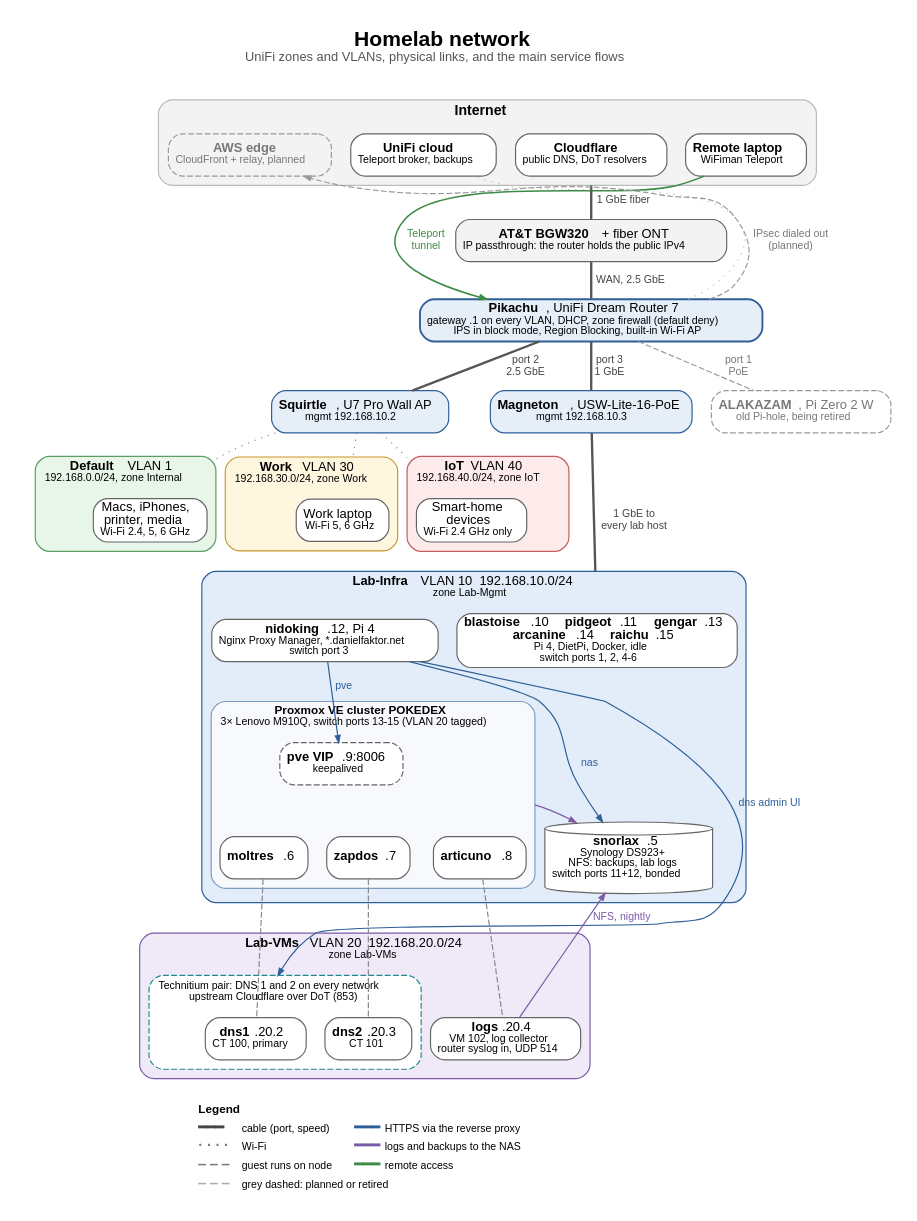
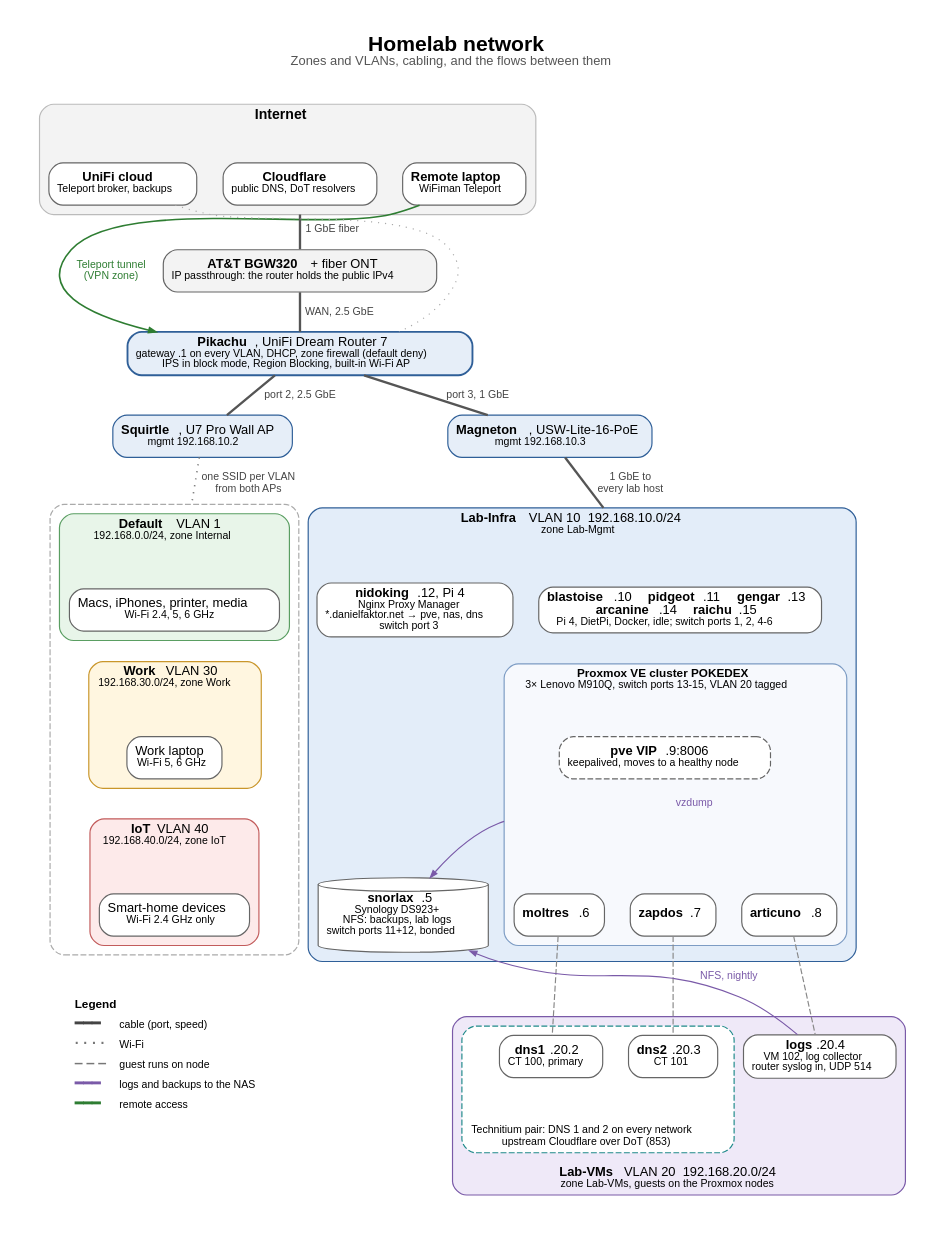
The diagram in docs/diagrams/homelab-network.dot (danielfaktor/lights-out-lab), drawn with Graphviz before and after one commit. The commit also changed 3 other files, not shown here.

First line of the commit message:
Redraw the network diagram with live items only

```diff
--- a/docs/diagrams/homelab-network.dot
+++ b/docs/diagrams/homelab-network.dot
@@ -1,134 +1,114 @@
 digraph homelab {
-  graph [rankdir=TB, newrank=true, compound=true, nodesep=0.22, ranksep=0.3, pad=0.2,
+  graph [rankdir=TB, newrank=true, compound=true, nodesep=0.3, ranksep=0.32, pad=0.25,
          fontname="Helvetica", fontsize=18, labelloc=t, bgcolor=white,
-         label=<<b>Homelab network</b><br/><font point-size="11" color="#555555">UniFi zones and VLANs, physical links, and the main service flows</font><br/> >]
+         label=<<b>Homelab network</b><br/><font point-size="11" color="#555555">Zones and VLANs, cabling, and the flows between them</font><br/> >]
   node  [shape=box, style="rounded,filled", fillcolor=white, color="#666666", penwidth=1,
-         fontname="Helvetica", fontsize=11, margin="0.08,0.04"]
+         fontname="Helvetica", fontsize=11, margin="0.10,0.05"]
   edge  [color="#555555", fontname="Helvetica", fontsize=9, fontcolor="#444444", arrowsize=0.6]
 
   subgraph cluster_internet {
     label=<<b>Internet</b>>; fontsize=12; style="rounded,filled"; fillcolor="#f3f3f3"; color="#bbbbbb"
     remote     [label=<<b>Remote laptop</b><br/><font point-size="9">WiFiman Teleport</font>>]
     cloudflare [label=<<b>Cloudflare</b><br/><font point-size="9">public DNS, DoT resolvers</font>>]
     unifi      [label=<<b>UniFi cloud</b><br/><font point-size="9">Teleport broker, backups</font>>]
-    aws        [label=<<b>AWS edge</b><br/><font point-size="9">CloudFront + relay, planned</font>>,
-                style="rounded,dashed", color="#999999", fontcolor="#777777"]
   }
 
   att  [label=<<b>AT&amp;T BGW320</b> + fiber ONT<br/><font point-size="9">IP passthrough: the router holds the public IPv4</font>>, fillcolor="#f3f3f3"]
   udr7 [label=<<b>Pikachu</b>, UniFi Dream Router 7<br/><font point-size="9">gateway .1 on every VLAN, DHCP, zone firewall (default deny)<br/>IPS in block mode, Region Blocking, built-in Wi-Fi AP</font>>,
         fillcolor="#e6eef8", color="#2f5f98", penwidth=1.6]
 
-  ap       [label=<<b>Squirtle</b>, U7 Pro Wall AP<br/><font point-size="9">mgmt 192.168.10.2</font>>, fillcolor="#e6eef8", color="#2f5f98"]
-  sw       [label=<<b>Magneton</b>, USW-Lite-16-PoE<br/><font point-size="9">mgmt 192.168.10.3</font>>, fillcolor="#e6eef8", color="#2f5f98"]
-  alakazam [label=<<b>ALAKAZAM</b>, Pi Zero 2 W<br/><font point-size="9">old Pi-hole, being retired</font>>,
-            style="rounded,dashed", color="#999999", fontcolor="#777777"]
+  ap [label=<<b>Squirtle</b>, U7 Pro Wall AP<br/><font point-size="9">mgmt 192.168.10.2</font>>, fillcolor="#e6eef8", color="#2f5f98"]
+  sw [label=<<b>Magneton</b>, USW-Lite-16-PoE<br/><font point-size="9">mgmt 192.168.10.3</font>>, fillcolor="#e6eef8", color="#2f5f98"]
 
-  subgraph cluster_default {
-    label=<<b>Default</b>  VLAN 1<br/><font point-size="9">192.168.0.0/24, zone Internal</font>>;
-    fontsize=11; style="rounded,filled"; fillcolor="#e8f5e9"; color="#5a9e62"
-    home [label=<Macs, iPhones,<br/>printer, media<br/><font point-size="9">Wi-Fi 2.4, 5, 6 GHz</font>>]
-  }
-  subgraph cluster_work {
-    label=<<b>Work</b>  VLAN 30<br/><font point-size="9">192.168.30.0/24, zone Work</font>>;
-    fontsize=11; style="rounded,filled"; fillcolor="#fff6e0"; color="#c9962b"
-    work [label=<Work laptop<br/><font point-size="9">Wi-Fi 5, 6 GHz</font>>]
-  }
-  subgraph cluster_iot {
-    label=<<b>IoT</b>  VLAN 40<br/><font point-size="9">192.168.40.0/24, zone IoT</font>>;
-    fontsize=11; style="rounded,filled"; fillcolor="#fdeaea"; color="#c25b5b"
-    iot [label=<Smart-home<br/>devices<br/><font point-size="9">Wi-Fi 2.4 GHz only</font>>]
+  subgraph cluster_wifi {
+    label=""; style="rounded,dashed"; color="#aaaaaa"
+
+    subgraph cluster_default {
+      label=<<b>Default</b>  VLAN 1<br/><font point-size="9">192.168.0.0/24, zone Internal</font>>;
+      fontsize=11; style="rounded,filled"; fillcolor="#e8f5e9"; color="#5a9e62"
+      home [label=<Macs, iPhones, printer, media<br/><font point-size="9">Wi-Fi 2.4, 5, 6 GHz</font>>]
+    }
+    subgraph cluster_work {
+      label=<<b>Work</b>  VLAN 30<br/><font point-size="9">192.168.30.0/24, zone Work</font>>;
+      fontsize=11; style="rounded,filled"; fillcolor="#fff6e0"; color="#c9962b"
+      work [label=<Work laptop<br/><font point-size="9">Wi-Fi 5, 6 GHz</font>>]
+    }
+    subgraph cluster_iot {
+      label=<<b>IoT</b>  VLAN 40<br/><font point-size="9">192.168.40.0/24, zone IoT</font>>;
+      fontsize=11; style="rounded,filled"; fillcolor="#fdeaea"; color="#c25b5b"
+      iot [label=<Smart-home devices<br/><font point-size="9">Wi-Fi 2.4 GHz only</font>>]
+    }
   }
 
   subgraph cluster_lab10 {
     label=<<b>Lab-Infra</b>  VLAN 10  192.168.10.0/24<br/><font point-size="9">zone Lab-Mgmt</font>>;
     fontsize=11; style="rounded,filled"; fillcolor="#e3edf9"; color="#2f5f98"
 
-    nidoking [label=<<b>nidoking</b> .12, Pi 4<br/><font point-size="9">Nginx Proxy Manager, *.danielfaktor.net<br/>switch port 3</font>>]
-    pis      [label=<<b>blastoise</b> .10  <b>pidgeot</b> .11  <b>gengar</b> .13<br/><b>arcanine</b> .14  <b>raichu</b> .15<br/><font point-size="9">Pi 4, DietPi, Docker, idle<br/>switch ports 1, 2, 4-6</font>>]
-    snorlax  [shape=cylinder, style=filled, fillcolor=white,
-              label=<<b>snorlax</b> .5<br/><font point-size="9">Synology DS923+<br/>NFS: backups, lab logs<br/>switch ports 11+12, bonded</font>>]
+    pis      [label=<<b>blastoise</b> .10  <b>pidgeot</b> .11  <b>gengar</b> .13<br/><b>arcanine</b> .14  <b>raichu</b> .15<br/><font point-size="9">Pi 4, DietPi, Docker, idle; switch ports 1, 2, 4-6</font>>]
+    nidoking [label=<<b>nidoking</b> .12, Pi 4<br/><font point-size="9">Nginx Proxy Manager<br/>*.danielfaktor.net → pve, nas, dns<br/>switch port 3</font>>]
 
     subgraph cluster_pve {
-      label=<<b>Proxmox VE cluster POKEDEX</b><br/><font point-size="9">3× Lenovo M910Q, switch ports 13-15 (VLAN 20 tagged)</font>>;
+      label=<<b>Proxmox VE cluster POKEDEX</b><br/><font point-size="9">3× Lenovo M910Q, switch ports 13-15, VLAN 20 tagged</font>>;
       fontsize=10; style="rounded,filled"; fillcolor="#f7f9fd"; color="#7d9cc4"
-      vip      [label=<<b>pve VIP</b> .9:8006<br/><font point-size="9">keepalived</font>>, style="rounded,filled,dashed"]
+      vip      [label=<<b>pve VIP</b> .9:8006<br/><font point-size="9">keepalived, moves to a healthy node</font>>, style="rounded,filled,dashed"]
       moltres  [label=<<b>moltres</b> .6>]
       zapdos   [label=<<b>zapdos</b> .7>]
       articuno [label=<<b>articuno</b> .8>]
     }
+
+    snorlax [shape=cylinder, style=filled, fillcolor=white,
+             label=<<b>snorlax</b> .5<br/><font point-size="9">Synology DS923+<br/>NFS: backups, lab logs<br/>switch ports 11+12, bonded</font>>]
   }
 
   subgraph cluster_lab20 {
-    label=<<b>Lab-VMs</b>  VLAN 20  192.168.20.0/24<br/><font point-size="9">zone Lab-VMs</font>>;
-    fontsize=11; style="rounded,filled"; fillcolor="#efe9f8"; color="#7a5aa8"
+    label=<<b>Lab-VMs</b>  VLAN 20  192.168.20.0/24<br/><font point-size="9">zone Lab-VMs, guests on the Proxmox nodes</font>>;
+    fontsize=11; labelloc=b; style="rounded,filled"; fillcolor="#efe9f8"; color="#7a5aa8"
 
     subgraph cluster_dns {
       label=<<font point-size="9">Technitium pair: DNS 1 and 2 on every network<br/>upstream Cloudflare over DoT (853)</font>>;
-      style="rounded,dashed"; color="#1f8a8a"
+      labelloc=b; style="rounded,dashed"; color="#1f8a8a"
       dns1 [label=<<b>dns1</b> .20.2<br/><font point-size="9">CT 100, primary</font>>]
       dns2 [label=<<b>dns2</b> .20.3<br/><font point-size="9">CT 101</font>>]
     }
     logs [label=<<b>logs</b> .20.4<br/><font point-size="9">VM 102, log collector<br/>router syslog in, UDP 514</font>>]
   }
 
   legend [shape=plaintext, style="", margin=0, label=<
-    <table border="0" cellborder="0" cellspacing="1" cellpadding="1">
-      <tr><td align="left" colspan="4"><font point-size="10"><b>Legend</b></font></td></tr>
-      <tr>
-        <td align="left"><font point-size="12" color="#444444"><b>━━━</b></font></td><td align="left"><font point-size="9">cable (port, speed)  </font></td>
-        <td align="left"><font point-size="12" color="#2f5f98"><b>━━━</b></font></td><td align="left"><font point-size="9">HTTPS via the reverse proxy</font></td>
-      </tr>
-      <tr>
-        <td align="left"><font point-size="12" color="#777777"><b>· · · ·</b></font></td><td align="left"><font point-size="9">Wi-Fi</font></td>
-        <td align="left"><font point-size="12" color="#7a5aa8"><b>━━━</b></font></td><td align="left"><font point-size="9">logs and backups to the NAS</font></td>
-      </tr>
-      <tr>
-        <td align="left"><font point-size="12" color="#777777"><b>‒ ‒ ‒</b></font></td><td align="left"><font point-size="9">guest runs on node</font></td>
-        <td align="left"><font point-size="12" color="#3d8b45"><b>━━━</b></font></td><td align="left"><font point-size="9">remote access</font></td>
-      </tr>
-      <tr>
-        <td align="left"><font point-size="12" color="#aaaaaa"><b>‒ ‒ ‒</b></font></td><td align="left" colspan="3"><font point-size="9">grey dashed: planned or retired</font></td>
-      </tr>
+    <table border="0" cellborder="0" cellspacing="2" cellpadding="1">
+      <tr><td align="left" colspan="2"><font point-size="10"><b>Legend</b></font></td></tr>
+      <tr><td align="left"><font point-size="12" color="#444444"><b>━━━</b></font></td><td align="left"><font point-size="9">cable (port, speed)</font></td></tr>
+      <tr><td align="left"><font point-size="12" color="#777777"><b>· · · ·</b></font></td><td align="left"><font point-size="9">Wi-Fi</font></td></tr>
+      <tr><td align="left"><font point-size="12" color="#777777"><b>‒ ‒ ‒</b></font></td><td align="left"><font point-size="9">guest runs on node</font></td></tr>
+      <tr><td align="left"><font point-size="12" color="#7a5aa8"><b>━━━</b></font></td><td align="left"><font point-size="9">logs and backups to the NAS</font></td></tr>
+      <tr><td align="left"><font point-size="12" color="#2e7d32"><b>━━━</b></font></td><td align="left"><font point-size="9">remote access</font></td></tr>
     </table>>]
 
-  { rank=same; att }
-  { rank=same; udr7 }
-  { rank=same; ap; sw; alakazam }
-  { rank=same; nidoking; pis }
-  { rank=same; snorlax; moltres; zapdos; articuno }
-  { rank=same; dns1; dns2; logs }
+  { rank=same; ap; sw }
+  { rank=same; home; pis; nidoking }
+  { rank=same; work; vip }
+  { rank=same; iot; moltres; zapdos; articuno; snorlax }
+  { rank=same; legend; dns1; dns2; logs }
 
   cloudflare -> att [ltail=cluster_internet, dir=none, penwidth=2, label=" 1 GbE fiber"]
-  att  -> udr7     [dir=none, penwidth=2, label=" WAN, 2.5 GbE"]
-  udr7 -> ap       [dir=none, penwidth=2, label=" port 2\n 2.5 GbE"]
-  udr7 -> sw       [dir=none, penwidth=2, label=" port 3\n 1 GbE"]
-  udr7 -> alakazam [dir=none, style=dashed, color="#999999", fontcolor="#777777", label=" port 1\n PoE"]
+  att  -> udr7 [dir=none, penwidth=2, label=" WAN, 2.5 GbE"]
+  udr7 -> ap   [dir=none, penwidth=2, label="port 2, 2.5 GbE "]
+  udr7 -> sw   [dir=none, penwidth=2, label=" port 3, 1 GbE"]
 
-  ap -> home [lhead=cluster_default, dir=none, style=dotted, color="#888888"]
-  ap -> work [lhead=cluster_work,    dir=none, style=dotted, color="#888888"]
-  ap -> iot  [lhead=cluster_iot,     dir=none, style=dotted, color="#888888"]
+  ap -> home [lhead=cluster_wifi, dir=none, style=dotted, penwidth=1.4, color="#777777", label=" one SSID per VLAN\n from both APs"]
+  sw -> pis  [lhead=cluster_lab10, dir=none, penwidth=2, label=" 1 GbE to\n every lab host"]
 
-  sw -> pis [lhead=cluster_lab10, dir=none, penwidth=2, label=" 1 GbE to\n every lab host"]
-  work -> nidoking [style=invis]
-  work -> pis [style=invis]
+  home -> work -> iot -> legend [style=invis]
+  pis -> vip [style=invis]
+  nidoking -> vip [style=invis]
+  vip -> zapdos [style=invis]
 
-  nidoking -> vip   [color="#2f5f98", fontcolor="#2f5f98", label=" pve"]
-  vip -> zapdos     [style=invis]
-  pis -> snorlax    [style=invis]
-  nidoking -> snorlax [color="#2f5f98", fontcolor="#2f5f98", label=" nas"]
-  nidoking -> dns1  [lhead=cluster_dns, color="#2f5f98", fontcolor="#2f5f98", constraint=false, label=" dns admin UI"]
+  moltres  -> dns1 [style=dashed, color="#888888", arrowhead=none, weight=8]
+  zapdos   -> dns2 [style=dashed, color="#888888", arrowhead=none, weight=8]
+  articuno -> logs [style=dashed, color="#888888", arrowhead=none, weight=8]
 
-  moltres  -> dns1 [style=dashed, color="#888888", arrowhead=none]
-  zapdos   -> dns2 [style=dashed, color="#888888", arrowhead=none]
-  articuno -> logs [style=dashed, color="#888888", arrowhead=none]
+  articuno -> snorlax [ltail=cluster_pve, color="#7a5aa8", fontcolor="#7a5aa8", constraint=false, label="vzdump"]
+  logs -> snorlax     [color="#7a5aa8", fontcolor="#7a5aa8", constraint=false, label=" NFS, nightly"]
 
-  moltres -> snorlax [ltail=cluster_pve, color="#7a5aa8", constraint=false]
-  logs -> snorlax    [color="#7a5aa8", fontcolor="#7a5aa8", constraint=false, label="NFS, nightly"]
-
-  remote -> udr7 [color="#3d8b45", fontcolor="#3d8b45", penwidth=1.3, constraint=false, label="Teleport\ntunnel"]
-  udr7 -> unifi  [color="#bbbbbb", style=dotted, constraint=false, arrowhead=none]
-  udr7 -> aws    [style=dashed, color="#999999", fontcolor="#777777", constraint=false, label="IPsec dialed out\n(planned)"]
-
-  dns2 -> legend [style=invis]
+  remote -> udr7 [color="#2e7d32", fontcolor="#2e7d32", penwidth=1.4, constraint=false, label="Teleport tunnel\n(VPN zone)"]
+  unifi -> udr7  [color="#aaaaaa", style=dotted, constraint=false, arrowhead=none]
 }
```
